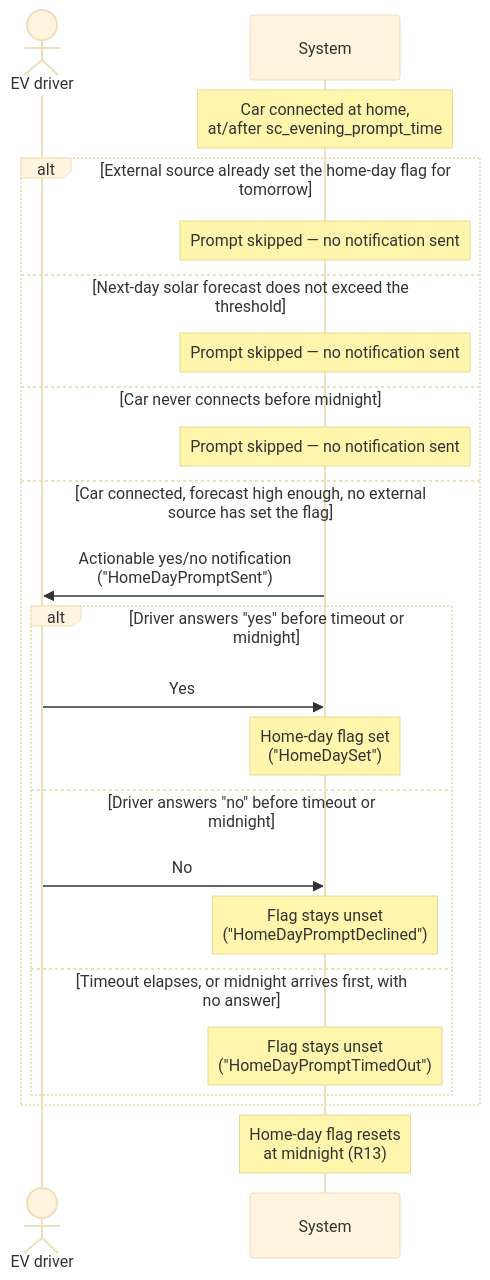
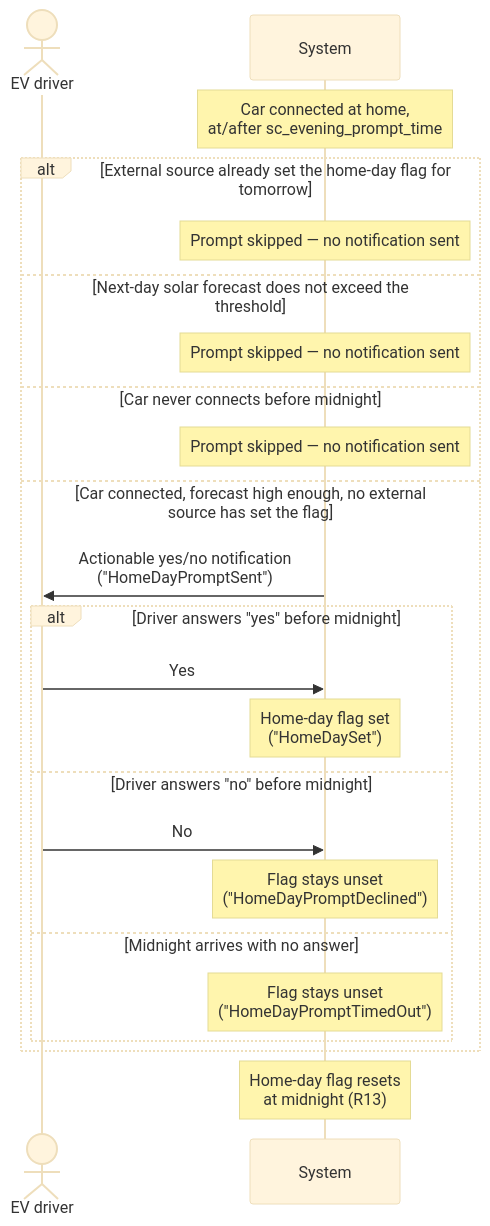
Before and after one commit to kristofdegrave/homeassistant-smart-charging: the diagram in docs/analysis/use-cases/UC08-plan-tomorrow-home-day.md, drawn with Mermaid (base theme). The commit also changed other lines of this file and 1 other file, not shown here.

First line of the commit message:
docs: drop configurable evening-prompt timeout, midnight is the only deadline

````diff
--- a/docs/analysis/use-cases/UC08-plan-tomorrow-home-day.md
+++ b/docs/analysis/use-cases/UC08-plan-tomorrow-home-day.md
@@ -86,25 +86,25 @@
 ```mermaid
 sequenceDiagram
     actor Driver as EV driver
     participant System
     Note over System: Car connected at home,<br/>at/after sc_evening_prompt_time
     alt External source already set the home-day flag for tomorrow
         Note over System: Prompt skipped — no notification sent
     else Next-day solar forecast does not exceed the threshold
         Note over System: Prompt skipped — no notification sent
     else Car never connects before midnight
         Note over System: Prompt skipped — no notification sent
     else Car connected, forecast high enough, no external source has set the flag
         System->>Driver: Actionable yes/no notification<br/>("HomeDayPromptSent")
-        alt Driver answers "yes" before timeout or midnight
+        alt Driver answers "yes" before midnight
             Driver->>System: Yes
             Note over System: Home-day flag set<br/>("HomeDaySet")
-        else Driver answers "no" before timeout or midnight
+        else Driver answers "no" before midnight
             Driver->>System: No
             Note over System: Flag stays unset<br/>("HomeDayPromptDeclined")
-        else Timeout elapses, or midnight arrives first, with no answer
+        else Midnight arrives with no answer
             Note over System: Flag stays unset<br/>("HomeDayPromptTimedOut")
         end
     end
     Note over System: Home-day flag resets<br/>at midnight (R13)
 ```
````
